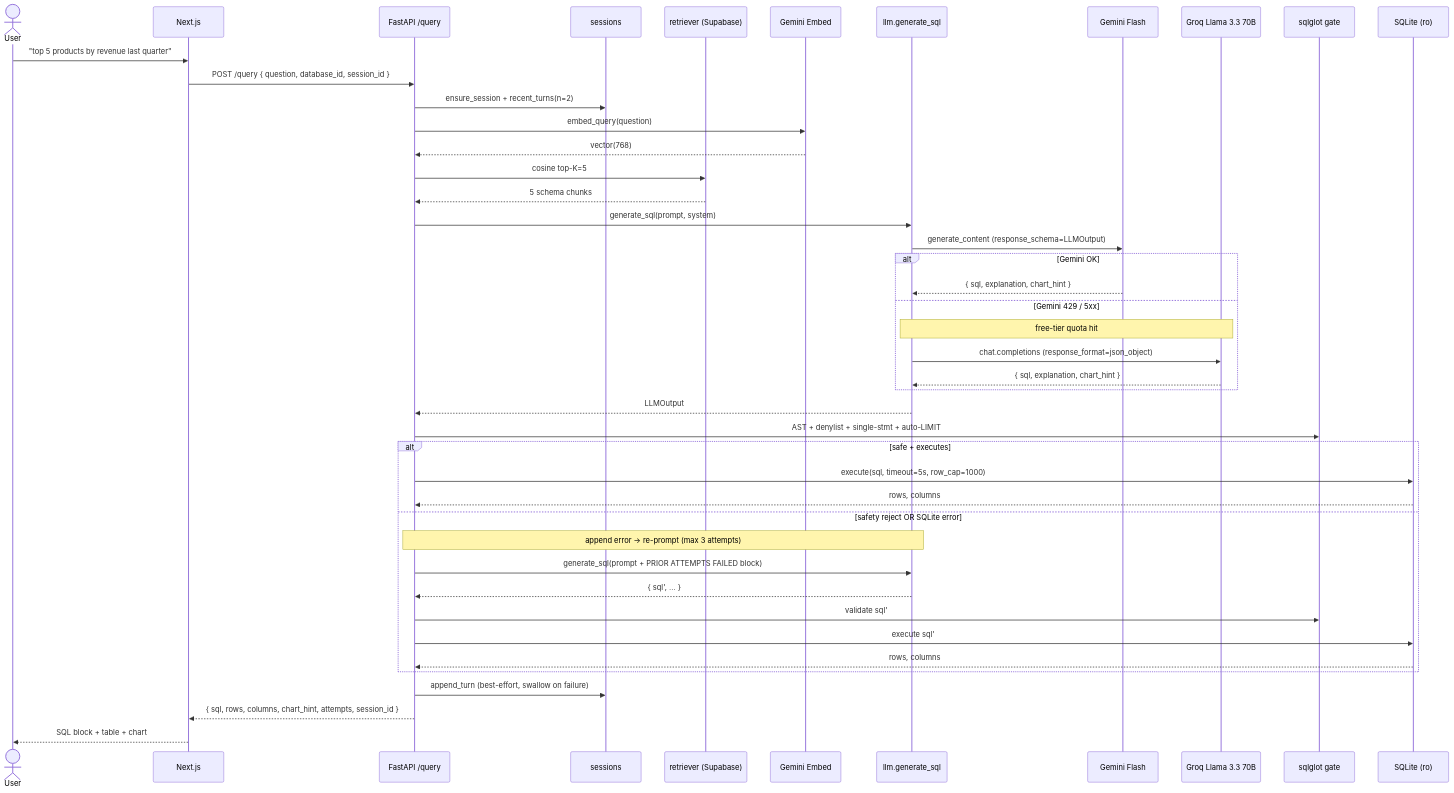
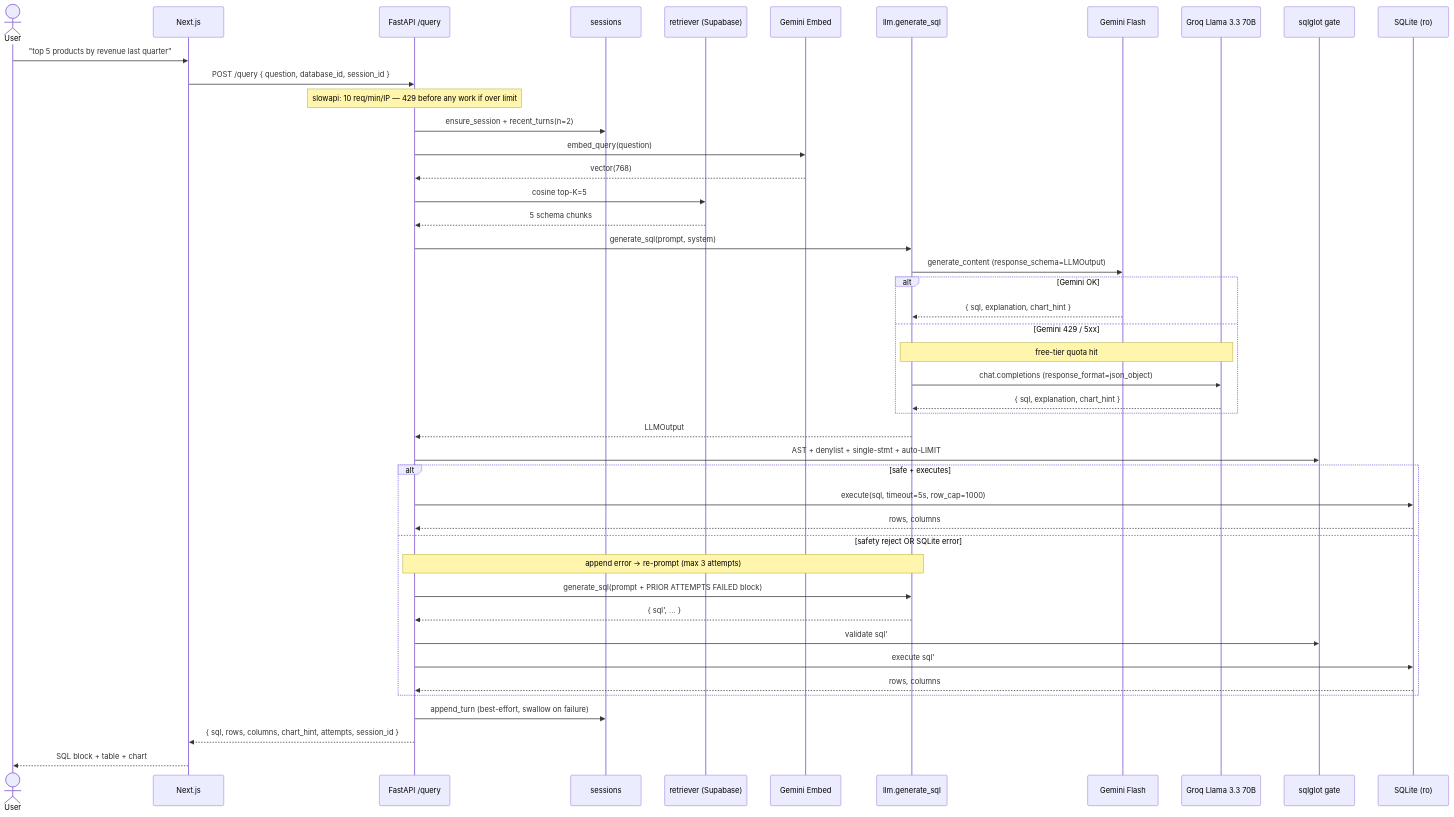
The second of 2 diagrams in docs/architecture.md (AryamannSingh7/querymancer), drawn with Mermaid before and after one commit. The commit also changed other lines of this file and 17 other files, not shown here.

````diff
--- a/docs/architecture.md
+++ b/docs/architecture.md
@@ -67,51 +69,52 @@
 ```mermaid
 sequenceDiagram
     actor U as User
     participant UI as Next.js
     participant API as FastAPI /query
     participant SESS as sessions
     participant RAG as retriever (Supabase)
     participant EMB as Gemini Embed
     participant LLM as llm.generate_sql
     participant GEM as Gemini Flash
     participant GROQ as Groq Llama 3.3 70B
     participant SAFE as sqlglot gate
     participant DB as SQLite (ro)
 
     U->>UI: "top 5 products by revenue last quarter"
     UI->>API: POST /query { question, database_id, session_id }
+    Note over API: slowapi: 10 req/min/IP — 429 before any work if over limit
     API->>SESS: ensure_session + recent_turns(n=2)
     API->>EMB: embed_query(question)
     EMB-->>API: vector(768)
     API->>RAG: cosine top-K=5
     RAG-->>API: 5 schema chunks
     API->>LLM: generate_sql(prompt, system)
     LLM->>GEM: generate_content (response_schema=LLMOutput)
 
     alt Gemini OK
         GEM-->>LLM: { sql, explanation, chart_hint }
     else Gemini 429 / 5xx
         Note over LLM,GROQ: free-tier quota hit
         LLM->>GROQ: chat.completions (response_format=json_object)
         GROQ-->>LLM: { sql, explanation, chart_hint }
     end
 
     LLM-->>API: LLMOutput
     API->>SAFE: AST + denylist + single-stmt + auto-LIMIT
 
     alt safe + executes
         API->>DB: execute(sql, timeout=5s, row_cap=1000)
         DB-->>API: rows, columns
     else safety reject OR SQLite error
         Note over API,LLM: append error → re-prompt (max 3 attempts)
         API->>LLM: generate_sql(prompt + PRIOR ATTEMPTS FAILED block)
         LLM-->>API: { sql', ... }
         API->>SAFE: validate sql'
         API->>DB: execute sql'
         DB-->>API: rows, columns
     end
 
     API->>SESS: append_turn (best-effort, swallow on failure)
     API-->>UI: { sql, rows, columns, chart_hint, attempts, session_id }
     UI-->>U: SQL block + table + chart
 ```
````
